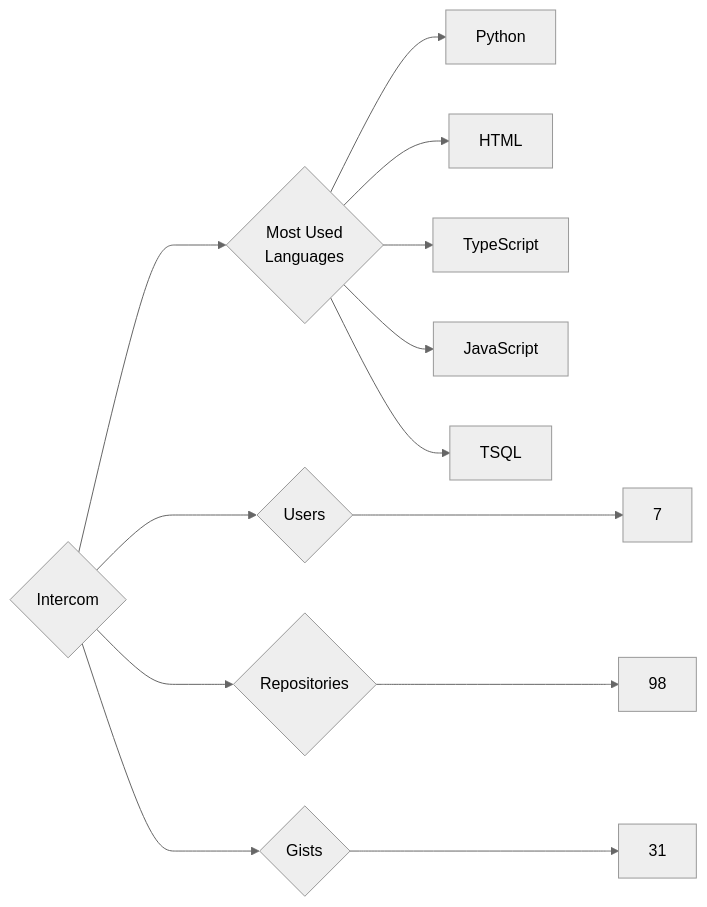
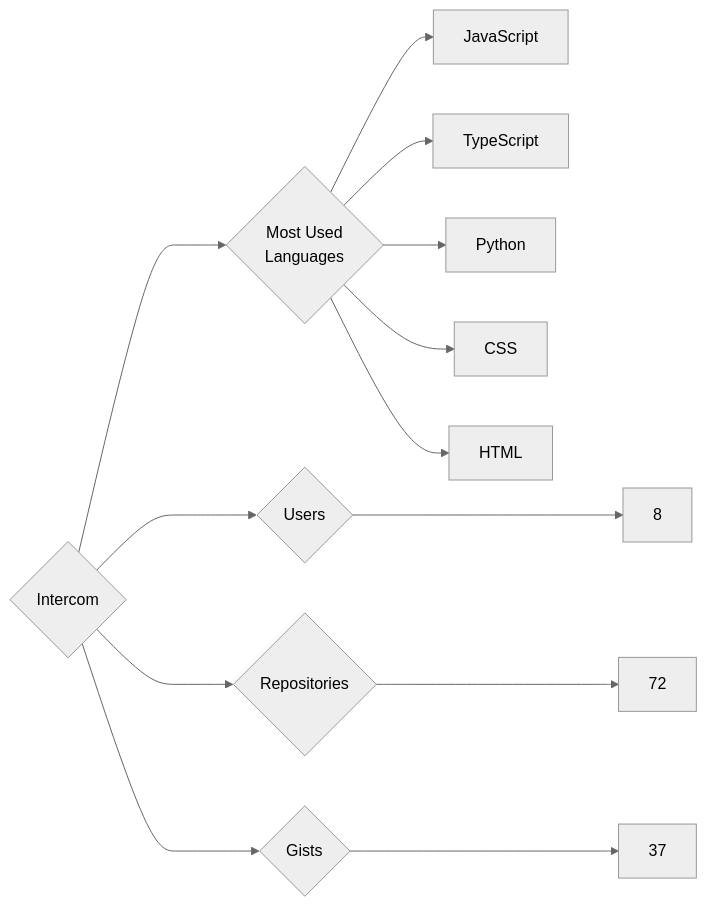
Before and after one commit to trickest/insiders: the diagram in targets/Intercom/README.md, drawn with Mermaid (neutral theme). The commit also changed 985 other files, not shown here.

````diff
--- a/targets/Intercom/README.md
+++ b/targets/Intercom/README.md
@@ -3,13 +3,13 @@
 ```mermaid
 graph LR
 COMPANY_NAME{Intercom}
-COMPANY_NAME ---> U{Users} ---> UN[7]
-COMPANY_NAME ---> R{Repositories} ---> RN[98]
-COMPANY_NAME ---> G{Gists} ---> GN[31]
+COMPANY_NAME ---> U{Users} ---> UN[8]
+COMPANY_NAME ---> R{Repositories} ---> RN[72]
+COMPANY_NAME ---> G{Gists} ---> GN[37]
 COMPANY_NAME ---> ML{Most Used<br>Languages}
+ML --> JavaScript[JavaScript]
+ML --> TypeScript[TypeScript]
 ML --> Python[Python]
+ML --> CSS[CSS]
 ML --> HTML[HTML]
-ML --> TypeScript[TypeScript]
-ML --> JavaScript[JavaScript]
-ML --> TSQL[TSQL]
 ```
````
